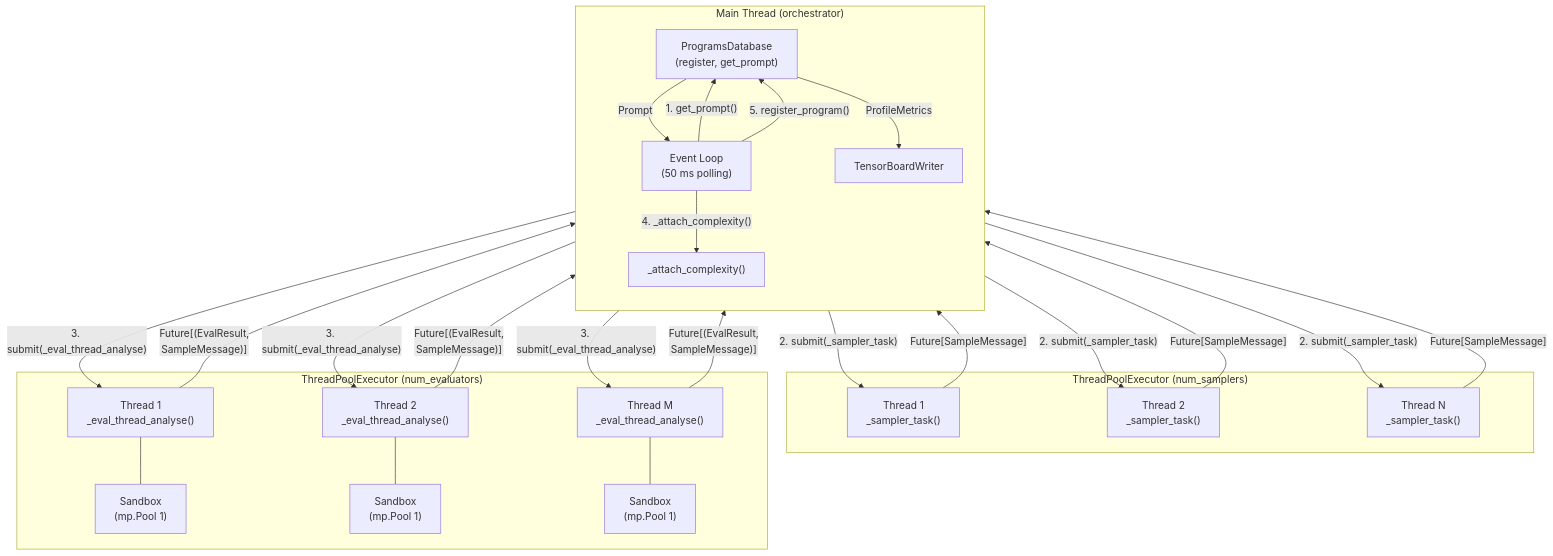
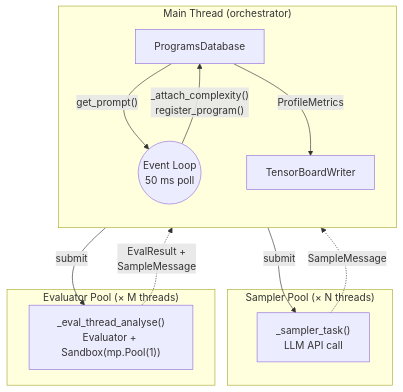
The diagram in docs/architecture/pipeline.md (haolunc/AlphaEvolve_SymbolicRegression), drawn with Mermaid before and after one commit. The commit also changed 5 other files, not shown here.

First line of the commit message:
docs: fix Mermaid diagrams, simplify pipeline chart, remove stale migration

````diff
--- a/docs/architecture/pipeline.md
+++ b/docs/architecture/pipeline.md
@@ -14,48 +14,25 @@
 ```{mermaid}
 flowchart TB
     subgraph main ["Main Thread (orchestrator)"]
         direction TB
-        DB["ProgramsDatabase\n(register, get_prompt)"]
-        CX["_attach_complexity()"]
+        DB["ProgramsDatabase"]
+        LOOP(("Event Loop<br/>50 ms poll"))
         TB_["TensorBoardWriter"]
-        LOOP["Event Loop\n(50 ms polling)"]
     end
 
-    subgraph spool ["ThreadPoolExecutor (num_samplers)"]
-        S1["Thread 1\n_sampler_task()"]
-        S2["Thread 2\n_sampler_task()"]
-        SN["Thread N\n_sampler_task()"]
+    subgraph spool ["Sampler Pool (&times; N threads)"]
+        ST["_sampler_task()<br/>LLM API call"]
     end
 
-    subgraph epool ["ThreadPoolExecutor (num_evaluators)"]
-        E1["Thread 1\n_eval_thread_analyse()"]
-        E2["Thread 2\n_eval_thread_analyse()"]
-        EM["Thread M\n_eval_thread_analyse()"]
-
-        E1 --- SB1["Sandbox\n(mp.Pool 1)"]
-        E2 --- SB2["Sandbox\n(mp.Pool 1)"]
-        EM --- SBM["Sandbox\n(mp.Pool 1)"]
+    subgraph epool ["Evaluator Pool (&times; M threads)"]
+        ET["_eval_thread_analyse()<br/>Evaluator + Sandbox(mp.Pool(1))"]
     end
 
-    LOOP -->|"1. get_prompt()"| DB
-    DB -->|"Prompt"| LOOP
-    LOOP -->|"2. submit(_sampler_task)"| S1
-    LOOP -->|"2. submit(_sampler_task)"| S2
-    LOOP -->|"2. submit(_sampler_task)"| SN
-
-    S1 -->|"Future[SampleMessage]"| LOOP
-    S2 -->|"Future[SampleMessage]"| LOOP
-    SN -->|"Future[SampleMessage]"| LOOP
-
-    LOOP -->|"3. submit(_eval_thread_analyse)"| E1
-    LOOP -->|"3. submit(_eval_thread_analyse)"| E2
-    LOOP -->|"3. submit(_eval_thread_analyse)"| EM
-
-    E1 -->|"Future[(EvalResult,\nSampleMessage)]"| LOOP
-    E2 -->|"Future[(EvalResult,\nSampleMessage)]"| LOOP
-    EM -->|"Future[(EvalResult,\nSampleMessage)]"| LOOP
-
-    LOOP -->|"4. _attach_complexity()"| CX
-    LOOP -->|"5. register_program()"| DB
-    DB -->|"ProfileMetrics"| TB_
+    DB -- "get_prompt()" --> LOOP
+    LOOP -- "submit" --> ST
+    ST -. "SampleMessage" .-> LOOP
+    LOOP -- "submit" --> ET
+    ET -. "EvalResult +<br/>SampleMessage" .-> LOOP
+    LOOP -- "_attach_complexity()<br/>register_program()" --> DB
+    DB -- "ProfileMetrics" --> TB_
 ```
````
